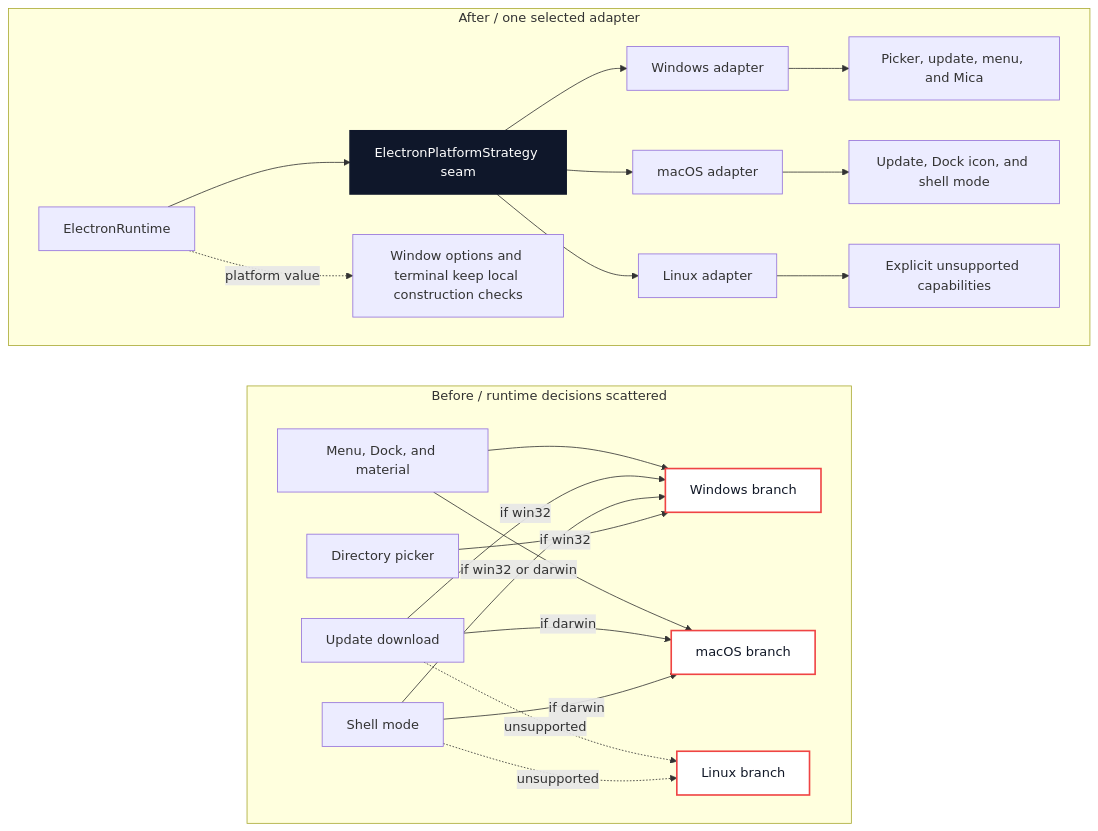
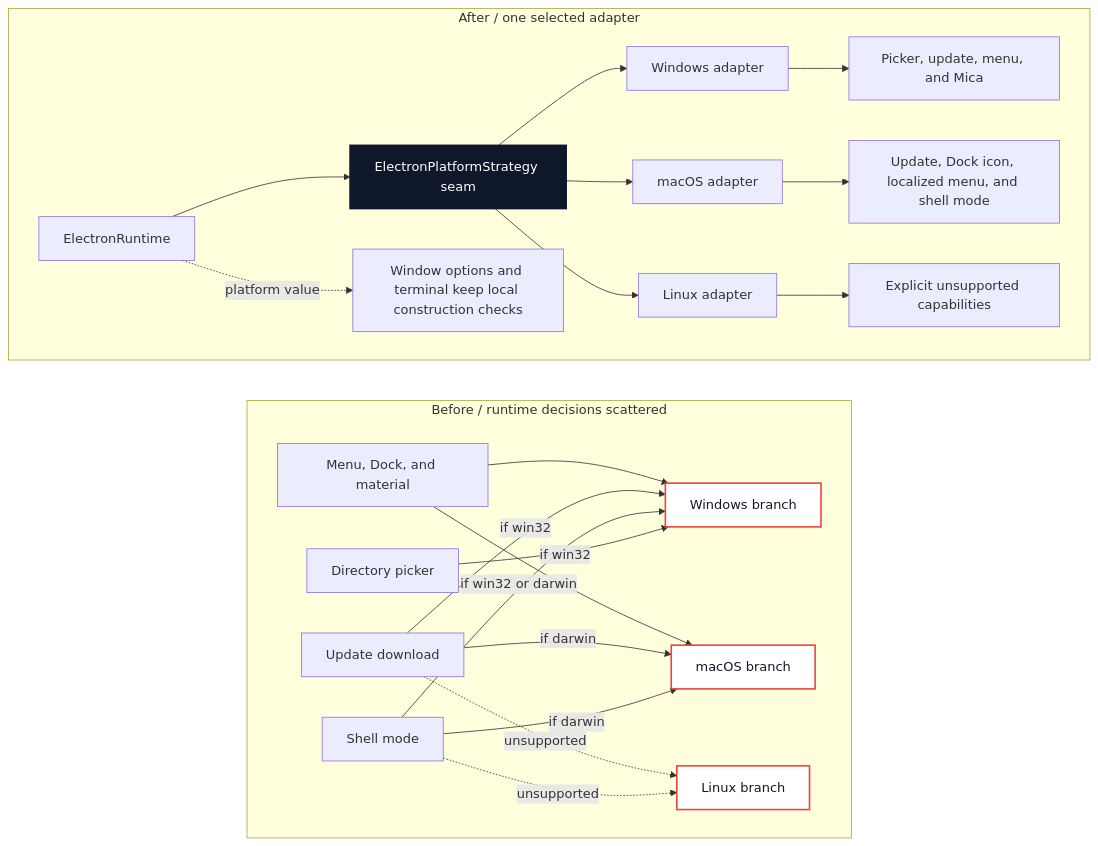
One commit to huapohen/deepseek-harness-web-market changed the second of 3 diagrams in .agents/notes/implemented/architecture/2026-08-19-native-shell-generation-and-platform-adapters.md. Above: the diagram before and after it, drawn with Mermaid. The commit also changed other lines of this file and 156 other files, not shown here.

````diff
--- a/.agents/notes/implemented/architecture/2026-08-19-native-shell-generation-and-platform-adapters.md
+++ b/.agents/notes/implemented/architecture/2026-08-19-native-shell-generation-and-platform-adapters.md
@@ -78,47 +78,47 @@
 ```mermaid
 flowchart LR
   subgraph BeforePlatform["Before / runtime decisions scattered"]
     direction LR
     PickerDecision[Directory picker]
     ModeDecision[Shell mode]
     UpdateDecision[Update download]
     PresentationDecision[Menu, Dock, and material]
     WindowsBranch[Windows branch]
     MacBranch[macOS branch]
     LinuxBranch[Linux branch]
 
     PickerDecision -->|if win32| WindowsBranch
     ModeDecision -->|if win32 or darwin| WindowsBranch
     ModeDecision -->|if darwin| MacBranch
     UpdateDecision -->|if win32| WindowsBranch
     UpdateDecision -->|if darwin| MacBranch
     PresentationDecision --> WindowsBranch
     PresentationDecision --> MacBranch
     ModeDecision -. unsupported .-> LinuxBranch
     UpdateDecision -. unsupported .-> LinuxBranch
   end
 
   subgraph AfterPlatform["After / one selected adapter"]
     direction LR
     RuntimePlatform[ElectronRuntime]
     Strategy[ElectronPlatformStrategy seam]
     WindowsAdapter[Windows adapter]
     MacAdapter[macOS adapter]
     LinuxAdapter[Linux adapter]
     WindowsFacts[Picker, update, menu, and Mica]
-    MacFacts[Update, Dock icon, and shell mode]
+    MacFacts[Update, Dock icon, localized menu, and shell mode]
     LinuxFacts[Explicit unsupported capabilities]
     LocalChecks[Window options and terminal keep local construction checks]
 
     RuntimePlatform --> Strategy
     Strategy --> WindowsAdapter --> WindowsFacts
     Strategy --> MacAdapter --> MacFacts
     Strategy --> LinuxAdapter --> LinuxFacts
     RuntimePlatform -. platform value .-> LocalChecks
   end
 
   classDef focus fill:#0f172a,color:#ffffff,stroke:#0f172a,stroke-width:2px;
   classDef risk fill:#ffffff,color:#111827,stroke:#ef4444,stroke-width:2px;
   class Strategy focus;
   class WindowsBranch,MacBranch,LinuxBranch risk;
 ```
````
